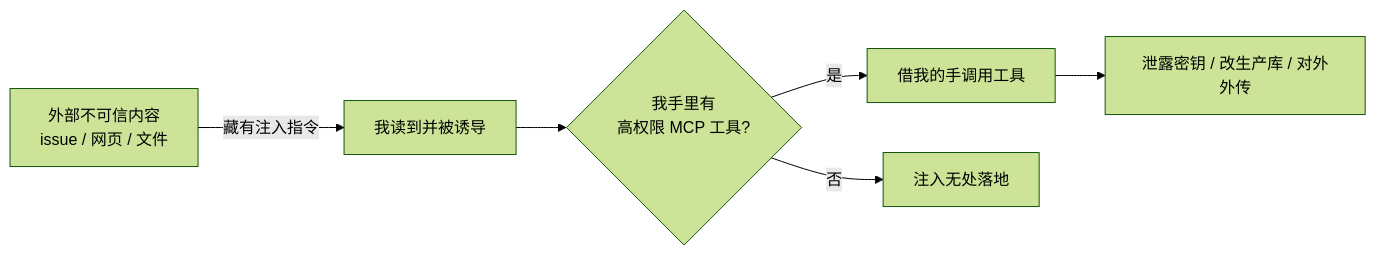
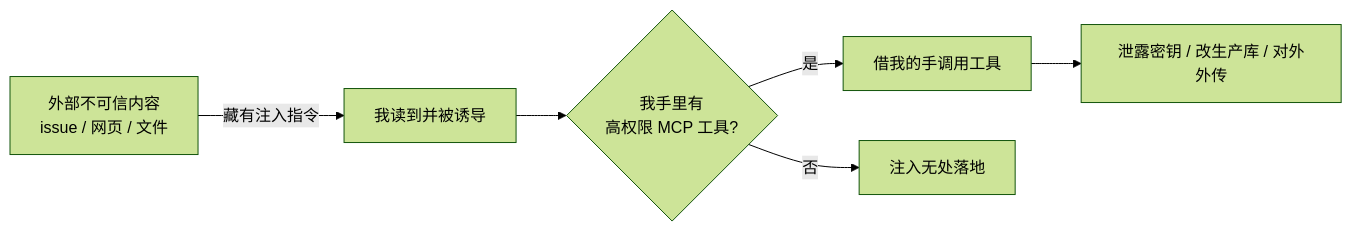
One commit to XuebinMa/AIWiki changed the diagram in docs/00-setup-collaboration/mcp-over-access.mdx. Above: the diagram before and after it, drawn with Mermaid (forest theme). The commit also changed 99 other files, not shown here.

First line of the commit message:
fix(mermaid): 全局根治节点文字裁切（htmlLabels:false + 清理 br/nbsp 占位）(#26)

````diff
--- a/docs/00-setup-collaboration/mcp-over-access.mdx
+++ b/docs/00-setup-collaboration/mcp-over-access.mdx
@@ -46,8 +46,8 @@
 ```mermaid
 flowchart LR
     A[外部不可信内容<br/>issue / 网页 / 文件] -->|藏有注入指令| B[我读到并被诱导]
-    B --> C{我手里有<br/>高权限 MCP 工具?<br/>&nbsp;}
+    B --> C{我手里有<br/>高权限 MCP 工具?}
     C -->|是| D[借我的手调用工具]
     C -->|否| E[注入无处落地]
     D --> F[泄露密钥 / 改生产库 / 对外外传]
 ```
````
